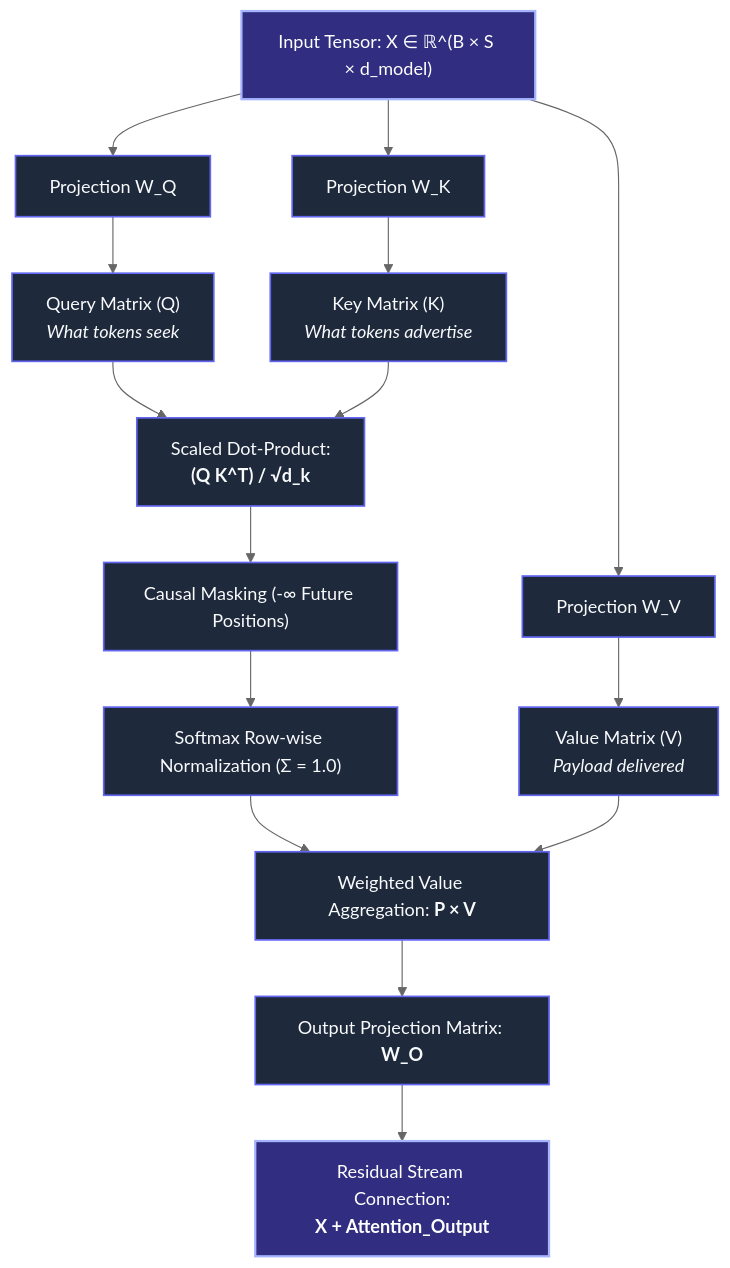
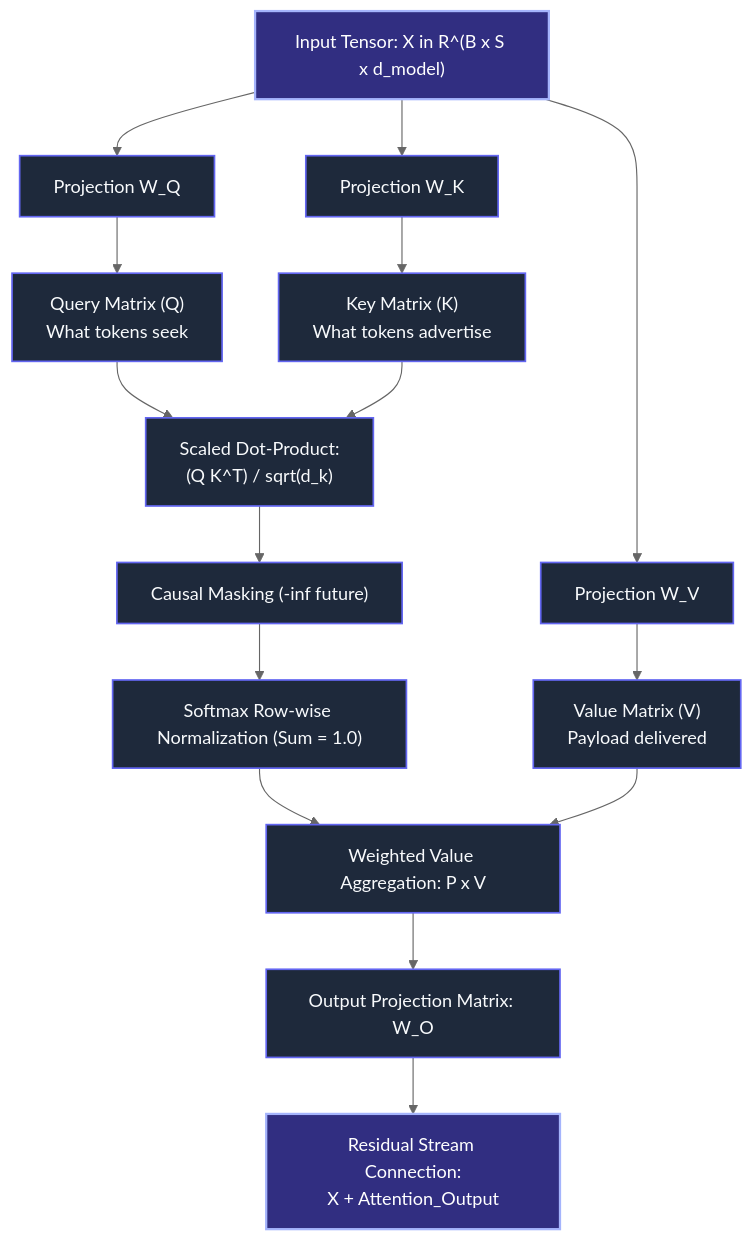
One commit to bidya271/ai-handbook changed the diagram in chapter_02_attention_and_kv_cache.md. Above: the diagram before and after it, drawn with Mermaid (neutral theme). The commit also changed 3 other files, not shown here.

Commit message:
fix: resolve Mermaid flowchart syntax in chapter 01 and isolate per-graph rendering

````diff
--- a/chapter_02_attention_and_kv_cache.md
+++ b/chapter_02_attention_and_kv_cache.md
@@ -9,22 +9,24 @@
 ```mermaid
 flowchart TD
-    X["Input Tensor: X ∈ ℝ^(B × S × d_model)"]
+    X["Input Tensor: X in R^(B x S x d_model)"]
     X --> WQ["Projection W_Q"]
     X --> WK["Projection W_K"]
     X --> WV["Projection W_V"]
     
-    WQ --> Q["Query Matrix (Q)<br/><i>What tokens seek</i>"]
-    WK --> K["Key Matrix (K)<br/><i>What tokens advertise</i>"]
-    WV --> V["Value Matrix (V)<br/><i>Payload delivered</i>"]
+    WQ --> Q["Query Matrix (Q)<br/>What tokens seek"]
+    WK --> K["Key Matrix (K)<br/>What tokens advertise"]
+    WV --> V["Value Matrix (V)<br/>Payload delivered"]
     
-    Q & K --> SD["Scaled Dot-Product:<br/><b>(Q K^T) / √d_k</b>"]
-    SD --> CM["Causal Masking (-∞ Future Positions)"]
-    CM --> SM["Softmax Row-wise Normalization (Σ = 1.0)"]
-    SM & V --> WVOut["Weighted Value Aggregation: <b>P × V</b>"]
-    WVOut --> WO["Output Projection Matrix: <b>W_O</b>"]
-    WO --> Res["Residual Stream Connection:<br/><b>X + Attention_Output</b>"]
+    Q --> SD["Scaled Dot-Product:<br/>(Q K^T) / sqrt(d_k)"]
+    K --> SD
+    SD --> CM["Causal Masking (-inf future)"]
+    CM --> SM["Softmax Row-wise Normalization (Sum = 1.0)"]
+    SM --> WVOut["Weighted Value Aggregation: P x V"]
+    V --> WVOut
+    WVOut --> WO["Output Projection Matrix: W_O"]
+    WO --> Res["Residual Stream Connection:<br/>X + Attention_Output"]
 
     classDef default fill:#1e293b,stroke:#6366f1,stroke-width:1.5px,color:#f8fafc;
     classDef tensor fill:#312e81,stroke:#a5b4fc,stroke-width:2px,color:#ffffff;
     class X,Res tensor;
 ```
````
